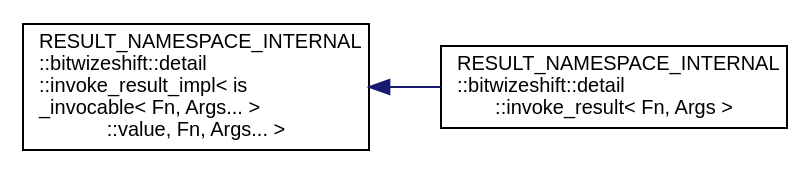
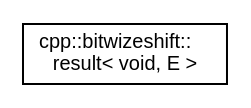
The diagram in api/latest/inherit_graph_7.dot (bitwizeshift/result), drawn with Graphviz before and after one commit. The commit also changed 309 other files, not shown here.

```diff
--- a/api/latest/inherit_graph_7.dot
+++ b/api/latest/inherit_graph_7.dot
@@ -1,9 +1,7 @@
 digraph "Graphical Class Hierarchy"
 {
   edge [fontname="Helvetica",fontsize="10",labelfontname="Helvetica",labelfontsize="10"];
   node [fontname="Helvetica",fontsize="10",shape=record];
   rankdir="LR";
-  Node0 [label="RESULT_NAMESPACE_INTERNAL\l::bitwizeshift::detail\l::invoke_result_impl\< is\l_invocable\< Fn, Args... \>\l::value, Fn, Args... \>",height=0.2,width=0.4,color="black", fillcolor="white", style="filled",URL="$d8/d3c/struct_r_e_s_u_l_t___n_a_m_e_s_p_a_c_e___i_n_t_e_r_n_a_l_1_1bitwizeshift_1_1detail_1_1invoke__result__impl.html"];
-  Node0 -> Node1 [dir="back",color="midnightblue",fontsize="10",style="solid",fontname="Helvetica"];
-  Node1 [label="RESULT_NAMESPACE_INTERNAL\l::bitwizeshift::detail\l::invoke_result\< Fn, Args \>",height=0.2,width=0.4,color="black", fillcolor="white", style="filled",URL="$da/dfb/struct_r_e_s_u_l_t___n_a_m_e_s_p_a_c_e___i_n_t_e_r_n_a_l_1_1bitwizeshift_1_1detail_1_1invoke__result.html"];
+  Node0 [label="cpp::bitwizeshift::\lresult\< void, E \>",height=0.2,width=0.4,color="black", fillcolor="white", style="filled",URL="$df/dae/classcpp_1_1bitwizeshift_1_1result_3_01void_00_01_e_01_4.html",tooltip="Partial specialization of result<void, E> "];
 }
```
